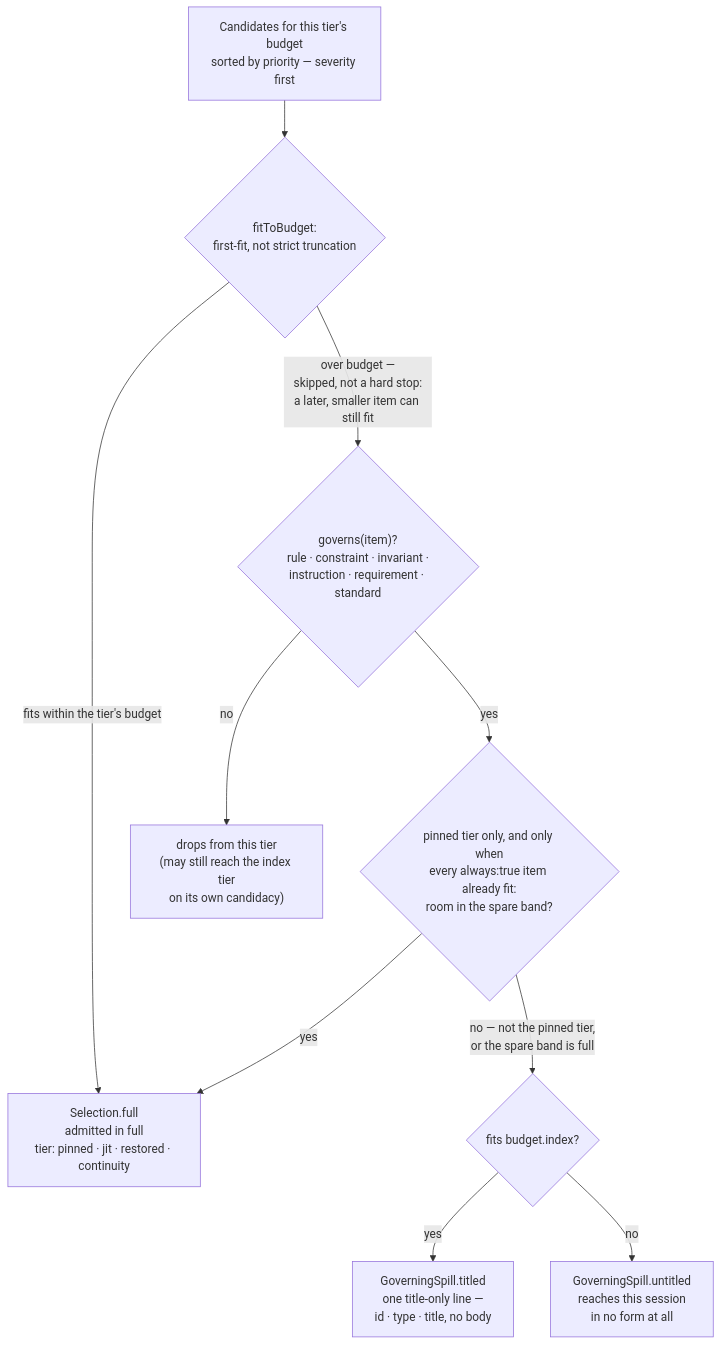
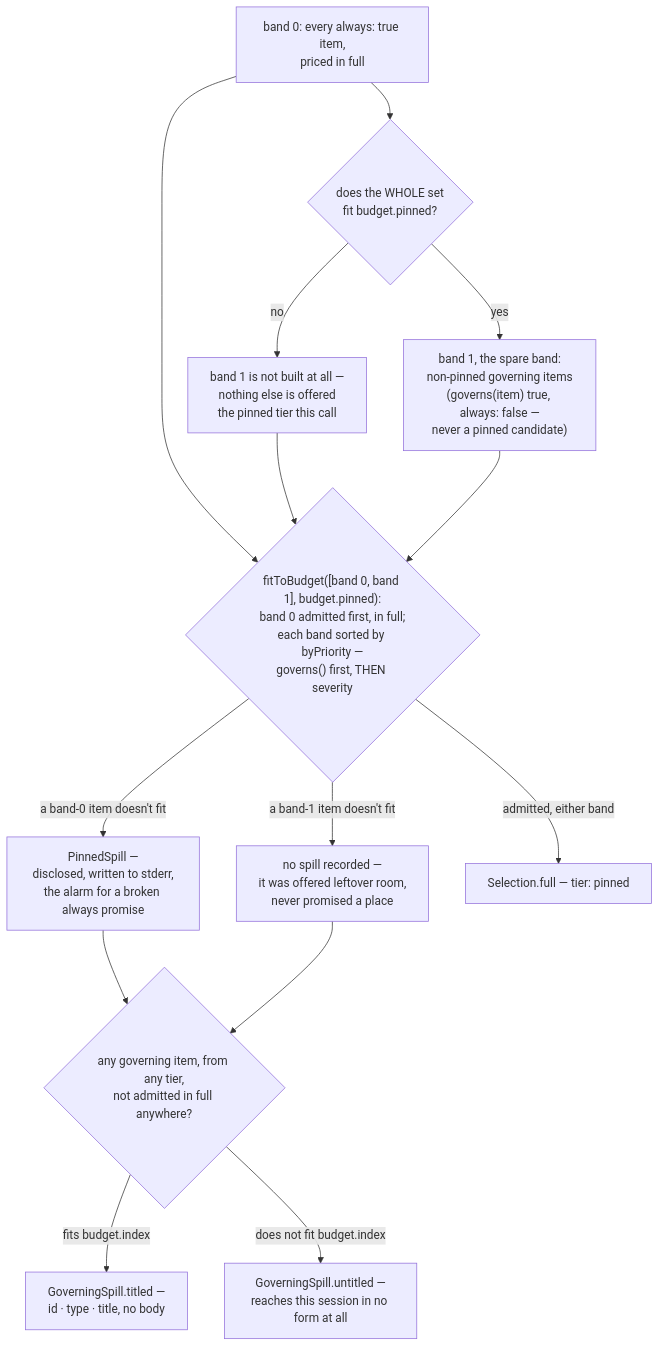
Before and after one commit to Dudi-Bar-On/my-context: the third of 3 diagrams in docs/capabilities/02-injection.md, drawn with Mermaid. The commit also changed other lines of this file and 24 other files, not shown here.

First line of the commit message:
the fence that had been shipping as a mermaid error box, and twenty-seven claims that were only wrong

````diff
--- a/docs/capabilities/02-injection.md
+++ b/docs/capabilities/02-injection.md
@@ -355,12 +366,16 @@
 ```mermaid
 flowchart TB
-  CAND["Candidates for this tier's budget<br/>sorted by priority — severity first"] --> FIT{"fitToBudget:<br/>first-fit, not strict truncation"}
-  FIT -->|"fits within the tier's budget"| FULL["Selection.full<br/>admitted in full<br/>tier: pinned · jit · restored · continuity"]
-  FIT -->|"over budget —<br/>skipped, not a hard stop:<br/>a later, smaller item can still fit"| GOV{"governs(item)?<br/>rule · constraint · invariant ·<br/>instruction · requirement · standard"}
-  GOV -->|"no"| DROP["drops from this tier<br/>(may still reach the index tier<br/>on its own candidacy)"]
-  GOV -->|"yes"| SPARE{"pinned tier only, and only when<br/>every always:true item already fit:<br/>room in the spare band?"}
-  SPARE -->|"yes"| FULL
-  SPARE -->|"no — not the pinned tier,<br/>or the spare band is full"| IDX{"fits budget.index?"}
-  IDX -->|"yes"| TITLED["GoverningSpill.titled<br/>one title-only line —<br/>id · type · title, no body"]
-  IDX -->|"no"| UNTITLED["GoverningSpill.untitled<br/>reaches this session<br/>in no form at all"]
+  ALWAYS["band 0: every always: true item,<br/>priced in full"] --> WHOLE{"does the WHOLE set<br/>fit budget.pinned?"}
+  WHOLE -->|"no"| NOBAND["band 1 is not built at all —<br/>nothing else is offered<br/>the pinned tier this call"]
+  WHOLE -->|"yes"| BAND1["band 1, the spare band:<br/>non-pinned governing items<br/>(governs(item) true, always: false —<br/>never a pinned candidate)"]
+  ALWAYS --> FTB{"fitToBudget([band 0, band 1], budget.pinned):<br/>band 0 admitted first, in full;<br/>each band sorted by byPriority —<br/>governs() first, THEN severity"}
+  NOBAND --> FTB
+  BAND1 --> FTB
+  FTB -->|"a band-0 item doesn't fit"| PINSPILL["PinnedSpill —<br/>disclosed, written to stderr,<br/>the alarm for a broken always promise"]
+  FTB -->|"a band-1 item doesn't fit"| NOSPILL["no spill recorded —<br/>it was offered leftover room,<br/>never promised a place"]
+  FTB -->|"admitted, either band"| FULL["Selection.full — tier: pinned"]
+  PINSPILL --> GATHER
+  NOSPILL --> GATHER{"any governing item, from any tier,<br/>not admitted in full anywhere?"}
+  GATHER -->|"fits budget.index"| TITLED["GoverningSpill.titled —<br/>id · type · title, no body"]
+  GATHER -->|"does not fit budget.index"| UNTITLED["GoverningSpill.untitled —<br/>reaches this session in no form at all"]
 ```
````
